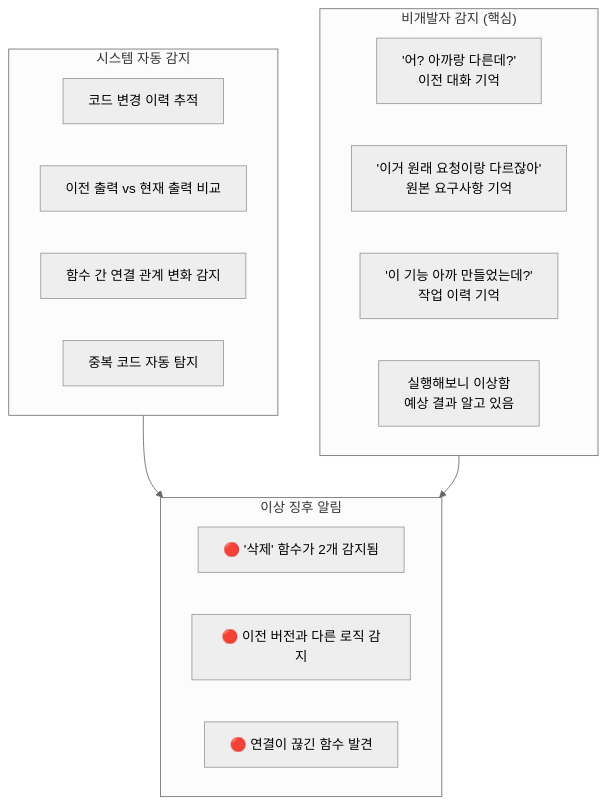
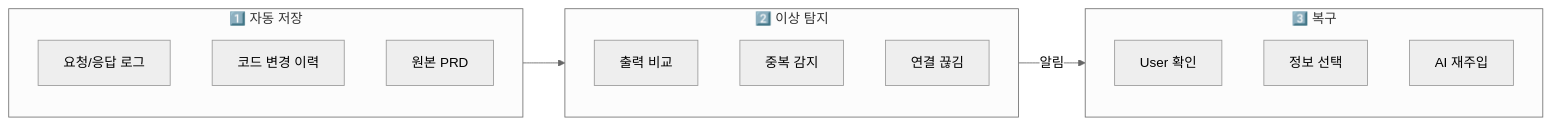
Before and after one commit to garimto81/project_master: diagram 13 of 19 in tasks/prds/0005-prd-devflow-ai-collaboration.md, drawn with Mermaid (neutral theme). The commit also changed other lines of this file and 26 other files, not shown here.

````diff
--- a/tasks/prds/0005-prd-devflow-ai-collaboration.md
+++ b/tasks/prds/0005-prd-devflow-ai-collaboration.md
@@ -409,25 +1130,23 @@
 ```mermaid
-flowchart TB
-    subgraph SYSTEM_DETECT["시스템 자동 감지"]
-        SD1["코드 변경 이력 추적"]
-        SD2["이전 출력 vs 현재 출력 비교"]
-        SD3["함수 간 연결 관계 변화 감지"]
-        SD4["중복 코드 자동 탐지"]
+flowchart LR
+    subgraph Save["1️⃣ 자동 저장"]
+        S1["요청/응답 로그"]
+        S2["코드 변경 이력"]
+        S3["원본 PRD"]
     end
 
-    subgraph USER_DETECT["비개발자 감지 (핵심)"]
-        UD1["'어? 아까랑 다른데?'<br/>이전 대화 기억"]
-        UD2["'이거 원래 요청이랑 다르잖아'<br/>원본 요구사항 기억"]
-        UD3["'이 기능 아까 만들었는데?'<br/>작업 이력 기억"]
-        UD4["실행해보니 이상함<br/>예상 결과 알고 있음"]
+    subgraph Detect["2️⃣ 이상 탐지"]
+        D1["출력 비교"]
+        D2["중복 감지"]
+        D3["연결 끊김"]
     end
 
-    subgraph ALERT["이상 징후 알림"]
-        A1["🔴 '삭제' 함수가 2개 감지됨"]
-        A2["🔴 이전 버전과 다른 로직 감지"]
-        A3["🔴 연결이 끊긴 함수 발견"]
+    subgraph Recover["3️⃣ 복구"]
+        R1["User 확인"]
+        R2["정보 선택"]
+        R3["AI 재주입"]
     end
 
-    SYSTEM_DETECT --> ALERT
-    USER_DETECT --> ALERT
+    Save --> Detect
+    Detect -->|알림| Recover
 ```
````
